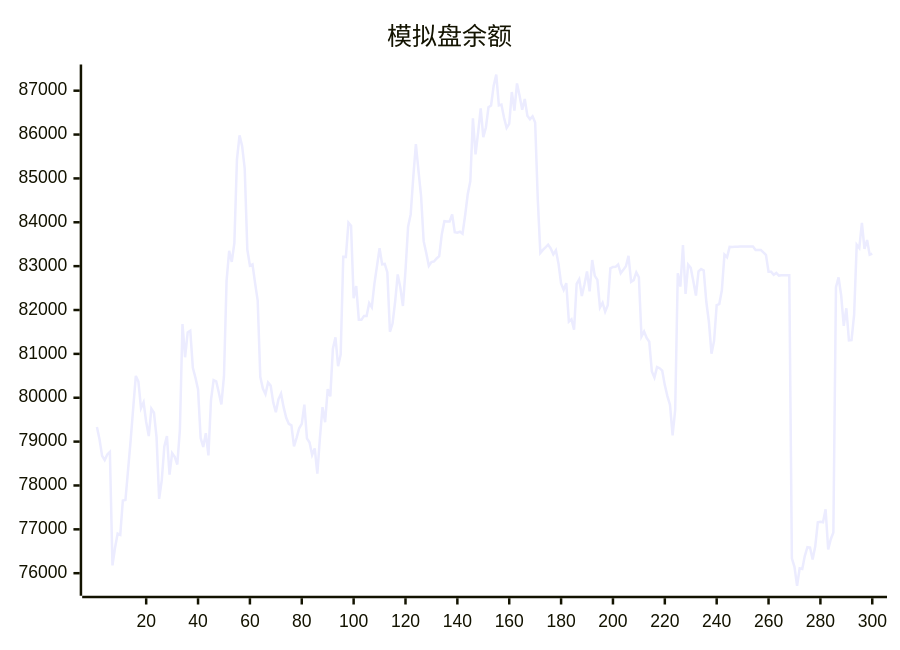
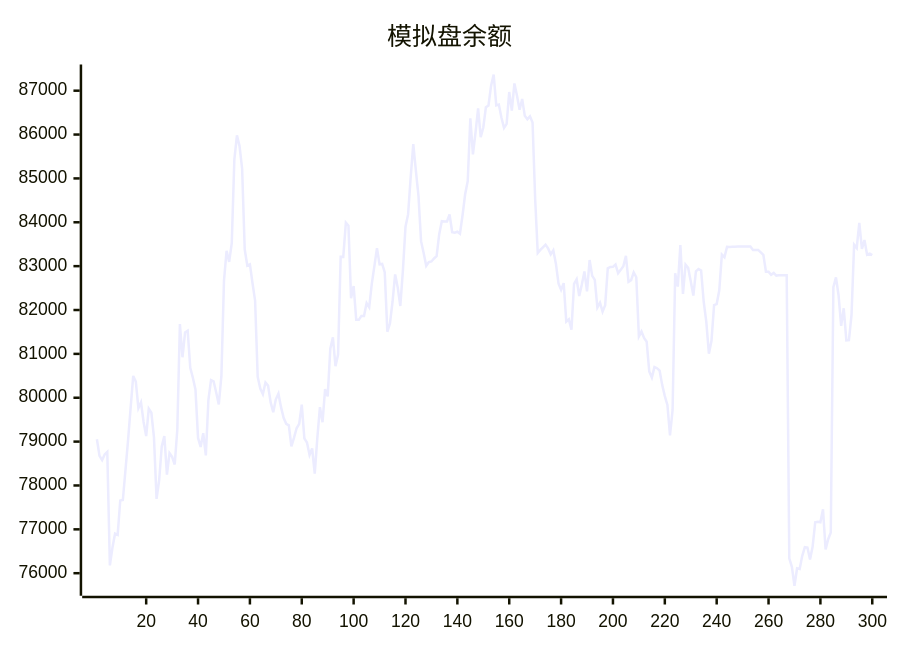
Before and after one commit to aahl/ai-trading: the diagram in README.md, drawn with Mermaid. The commit also changed other lines of this file and 1 other file, not shown here.

````diff
--- a/README.md
+++ b/README.md
@@ -5,5 +5,5 @@
 ```mermaid
 xychart
     title "模拟盘余额"
-    line [79335,79055,78675,78580,78708,78764,76179,76586,76902,76876,77658,77669,78346,79023,79769,80497,80366,79761,79896,79448,79126,79749,79658,79097,77695,78114,78888,79126,78249,78738,78653,78478,79271,81680,80923,81488,81527,80681,80455,80190,79084,78879,79193,78686,79954,80403,80374,80118,79848,80491,82665,83351,83098,83525,85430,85983,85737,85221,83378,83014,83043,82613,82216,80477,80208,80081,80348,80277,79894,79670,79965,80093,79786,79542,79406,79371,78893,79087,79304,79406,79841,79072,78978,78696,78846,78272,79085,79787,79442,80198,80031,81120,81379,80718,80985,83214,83212,83993,83921,82270,82547,81776,81776,81866,81866,82158,82061,82596,83000,83408,83041,83050,82858,81503,81691,82188,82812,82517,82092,82901,83898,84180,85030,85781,85178,84604,83569,83298,83008,83093,83107,83175,83228,83729,84025,84017,84019,84177,83775,83762,83785,83738,84160,84639,84939,86370,85548,86046,86599,85942,86161,86622,86664,87115,87369,86666,86685,86384,86152,86243,86969,86548,87164,86885,86566,86809,86427,86348,86417,86273,84538,83299,83369,83430,83490,83404,83270,83362,83056,82605,82459,82614,81734,81788,81551,82598,82702,82320,82580,82878,82426,83139,82778,82686,82056,82166,81963,82110,82951,82983,82984,83038,82838,82915,82998,83235,82642,82682,82858,82746,81396,81512,81362,81277,80600,80461,80699,80673,80616,80288,80038,79836,79142,79722,82837,82533,83480,82366,83032,82960,82654,82330,82883,82934,82901,82188,81728,81005,81298,82110,82135,82449,83264,83203,83440,83439,83440,83440,83446,83447,83448,83447,83448,83449,83369,83369,83369,83313,83256,82872,82873,82801,82844,82785,82791,82791,82793,82794,76339,76145,75714,76110,76096,76397,76594,76585,76310,76607,77160,77170,77160,77456,76541,76774,76927,82520,82744,82337,81639,82040,81307,81314,81887,83490,83414,83984,83396,83594,83261,83287]
+    line [79055,78675,78580,78708,78764,76179,76586,76902,76876,77658,77669,78346,79023,79769,80497,80366,79761,79896,79448,79126,79749,79658,79097,77695,78114,78888,79126,78249,78738,78653,78478,79271,81680,80923,81488,81527,80681,80455,80190,79084,78879,79193,78686,79954,80403,80374,80118,79848,80491,82665,83351,83098,83525,85430,85983,85737,85221,83378,83014,83043,82613,82216,80477,80208,80081,80348,80277,79894,79670,79965,80093,79786,79542,79406,79371,78893,79087,79304,79406,79841,79072,78978,78696,78846,78272,79085,79787,79442,80198,80031,81120,81379,80718,80985,83214,83212,83993,83921,82270,82547,81776,81776,81866,81866,82158,82061,82596,83000,83408,83041,83050,82858,81503,81691,82188,82812,82517,82092,82901,83898,84180,85030,85781,85178,84604,83569,83298,83008,83093,83107,83175,83228,83729,84025,84017,84019,84177,83775,83762,83785,83738,84160,84639,84939,86370,85548,86046,86599,85942,86161,86622,86664,87115,87369,86666,86685,86384,86152,86243,86969,86548,87164,86885,86566,86809,86427,86348,86417,86273,84538,83299,83369,83430,83490,83404,83270,83362,83056,82605,82459,82614,81734,81788,81551,82598,82702,82320,82580,82878,82426,83139,82778,82686,82056,82166,81963,82110,82951,82983,82984,83038,82838,82915,82998,83235,82642,82682,82858,82746,81396,81512,81362,81277,80600,80461,80699,80673,80616,80288,80038,79836,79142,79722,82837,82533,83480,82366,83032,82960,82654,82330,82883,82934,82901,82188,81728,81005,81298,82110,82135,82449,83264,83203,83440,83439,83440,83440,83446,83447,83448,83447,83448,83449,83369,83369,83369,83313,83256,82872,82873,82801,82844,82785,82791,82791,82793,82794,76339,76145,75714,76110,76096,76397,76594,76585,76310,76607,77160,77170,77160,77456,76541,76774,76927,82520,82744,82337,81639,82040,81307,81314,81887,83490,83414,83984,83396,83594,83261,83287,83253]
 ```
````
